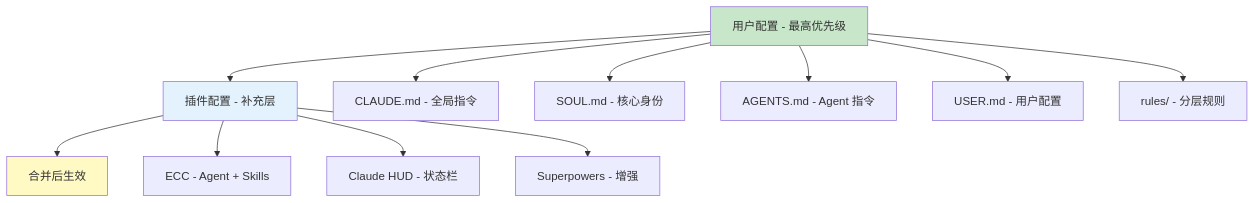
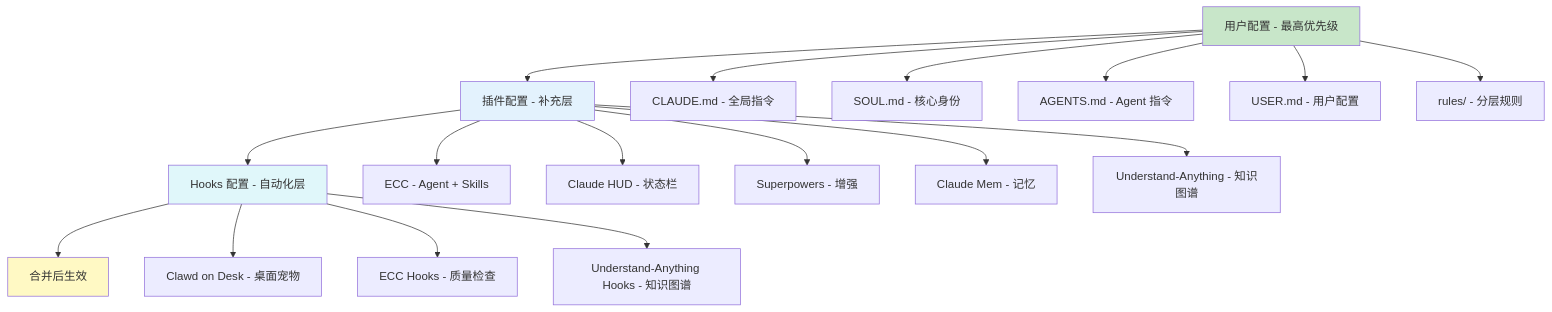
The eighth of 9 diagrams in README.md (shuai-yemao/shuai-yemao-chip), drawn with Mermaid before and after one commit. The commit also changed other lines of this file and 1 other file, not shown here.

Commit message:
docs: 更新配置和 README - 启用 Understand-Anything 插件 + 更新 Hooks 系统

````diff
--- a/README.md
+++ b/README.md
@@ -352,19 +361,27 @@
 ```mermaid
 graph TB
     A[用户配置 - 最高优先级] --> B[插件配置 - 补充层]
-    B --> C[合并后生效]
+    B --> C[Hooks 配置 - 自动化层]
+    C --> D[合并后生效]
 
     A --> A1[CLAUDE.md - 全局指令]
     A --> A2[SOUL.md - 核心身份]
     A --> A3[AGENTS.md - Agent 指令]
     A --> A4[USER.md - 用户配置]
     A --> A5[rules/ - 分层规则]
 
     B --> B1[ECC - Agent + Skills]
     B --> B2[Claude HUD - 状态栏]
     B --> B3[Superpowers - 增强]
+    B --> B4[Claude Mem - 记忆]
+    B --> B5[Understand-Anything - 知识图谱]
+
+    C --> C1[Clawd on Desk - 桌面宠物]
+    C --> C2[ECC Hooks - 质量检查]
+    C --> C3[Understand-Anything Hooks - 知识图谱]
 
     style A fill:#c8e6c9
     style B fill:#e3f2fd
-    style C fill:#fff9c4
+    style C fill:#e0f7fa
+    style D fill:#fff9c4
 ```
````
